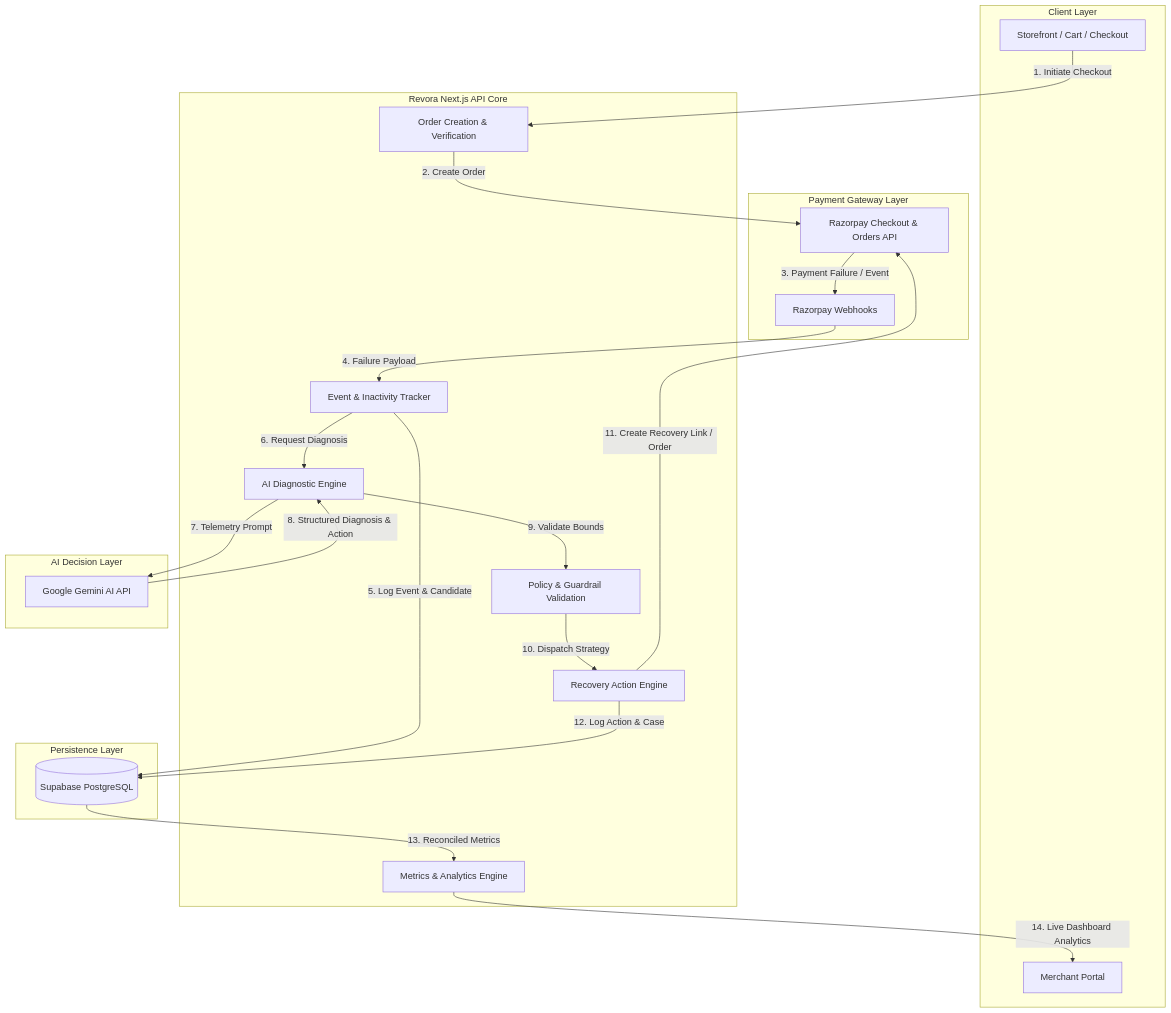
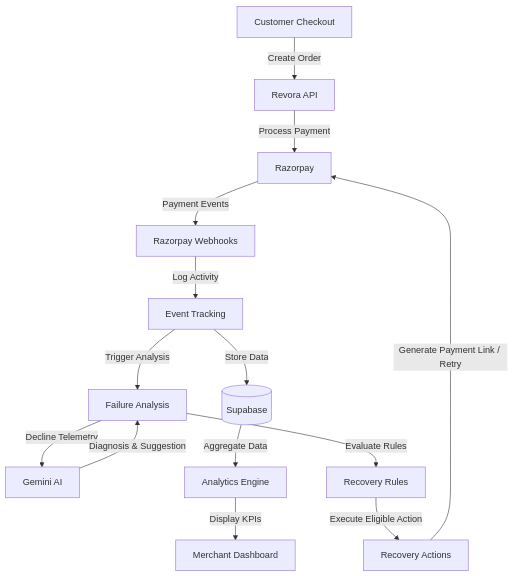
Before and after one commit to NagaTejaSriCore/Revora: the first of 3 diagrams in README.md, drawn with Mermaid. The commit also changed other lines of this file, not shown here.

Commit message:
Refine README language, architecture diagrams, and technical workflow

````diff
--- a/README.md
+++ b/README.md
@@ -184,44 +43,18 @@
 ```mermaid
 flowchart TD
-    subgraph Client ["Client Layer"]
-        A[Storefront / Cart / Checkout]
-        M[Merchant Portal]
-    end
+    Customer[Customer Checkout] -->|Create Order| API[Revora API]
+    API -->|Process Payment| Razorpay[Razorpay]
+    Razorpay -->|Payment Events| Webhooks[Razorpay Webhooks]
+    Webhooks -->|Log Activity| Events[Event Tracking]
+    Events -->|Store Data| Supabase[(Supabase)]
 
-    subgraph Gateway ["Payment Gateway Layer"]
-        B[Razorpay Checkout & Orders API]
-        W[Razorpay Webhooks]
-    end
+    Events -->|Trigger Analysis| Analysis[Failure Analysis]
+    Analysis -->|Decline Telemetry| Gemini[Gemini AI]
+    Gemini -->|Diagnosis & Suggestion| Analysis
+    Analysis -->|Evaluate Rules| Rules[Recovery Rules]
+    Rules -->|Execute Eligible Action| Actions[Recovery Actions]
+    Actions -->|Generate Payment Link / Retry| Razorpay
 
-    subgraph Backend ["Revora Next.js API Core"]
-        C[Order Creation & Verification]
-        D[Event & Inactivity Tracker]
-        E[AI Diagnostic Engine]
-        F[Policy & Guardrail Validation]
-        G[Recovery Action Engine]
-        K[Metrics & Analytics Engine]
-    end
-
-    subgraph AI ["AI Decision Layer"]
-        H[Google Gemini AI API]
-    end
-
-    subgraph Storage ["Persistence Layer"]
-        I[(Supabase PostgreSQL)]
-    end
-
-    A -->|1. Initiate Checkout| C
-    C -->|2. Create Order| B
-    B -->|3. Payment Failure / Event| W
-    W -->|4. Failure Payload| D
-    D -->|5. Log Event & Candidate| I
-    D -->|6. Request Diagnosis| E
-    E -->|7. Telemetry Prompt| H
-    H -->|8. Structured Diagnosis & Action| E
-    E -->|9. Validate Bounds| F
-    F -->|10. Dispatch Strategy| G
-    G -->|11. Create Recovery Link / Order| B
-    G -->|12. Log Action & Case| I
-    I -->|13. Reconciled Metrics| K
-    K -->|14. Live Dashboard Analytics| M
+    Supabase -->|Aggregate Data| Analytics[Analytics Engine]
+    Analytics -->|Display KPIs| Dashboard[Merchant Dashboard]
 ```
````
